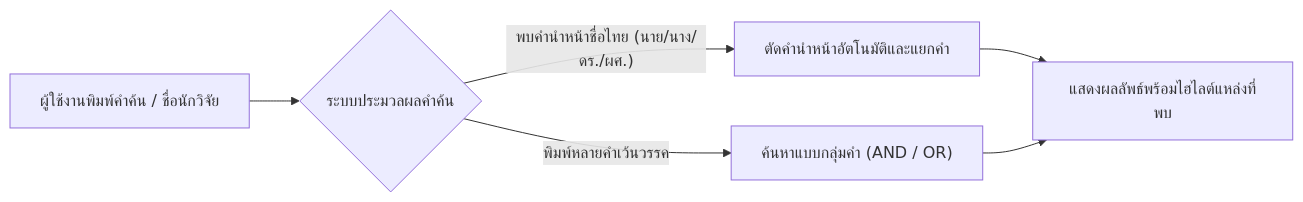
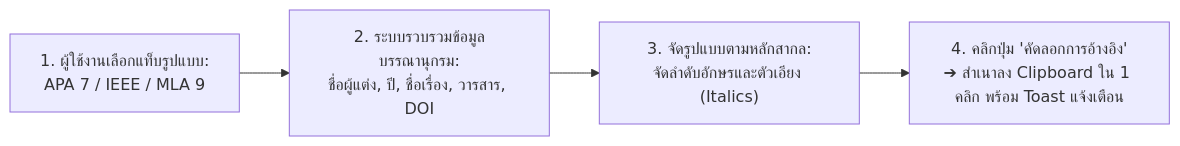
Before and after one commit to omaga03/RDBLaravel: the fourth of 5 diagrams in docs/manuals/VOLUME_1_FRONTEND_USER_MANUAL.md, drawn with Mermaid. The commit also changed other lines of this file and 377 other files, not shown here.

````diff
--- a/docs/manuals/VOLUME_1_FRONTEND_USER_MANUAL.md
+++ b/docs/manuals/VOLUME_1_FRONTEND_USER_MANUAL.md
@@ -55,8 +325,6 @@
 ```mermaid
 flowchart LR
-    A["ผู้ใช้งานพิมพ์คำค้น / ชื่อนักวิจัย"] --> B{"ระบบประมวลผลคำค้น"}
-    B -->|"พบคำนำหน้าชื่อไทย (นาย/นาง/ดร./ผศ.)"| C["ตัดคำนำหน้าอัตโนมัติและแยกคำ"]
-    B -->|"พิมพ์หลายคำเว้นวรรค"| D["ค้นหาแบบกลุ่มคำ (AND / OR)"]
-    C --> E["แสดงผลลัพธ์พร้อมไฮไลต์แหล่งที่พบ"]
-    D --> E
+    Step1["1. ผู้ใช้งานเลือกแท็บรูปแบบ:\nAPA 7 / IEEE / MLA 9"] --> Step2["2. ระบบรวบรวมข้อมูลบรรณานุกรม:\nชื่อผู้แต่ง, ปี, ชื่อเรื่อง, วารสาร, DOI"]
+    Step2 --> Step3["3. จัดรูปแบบตามหลักสากล:\nจัดลำดับอักษรและตัวเอียง (Italics)"]
+    Step3 --> Step4["4. คลิกปุ่ม 'คัดลอกการอ้างอิง'\n➔ สำเนาลง Clipboard ใน 1 คลิก พร้อม Toast แจ้งเตือน"]
 ```
````
